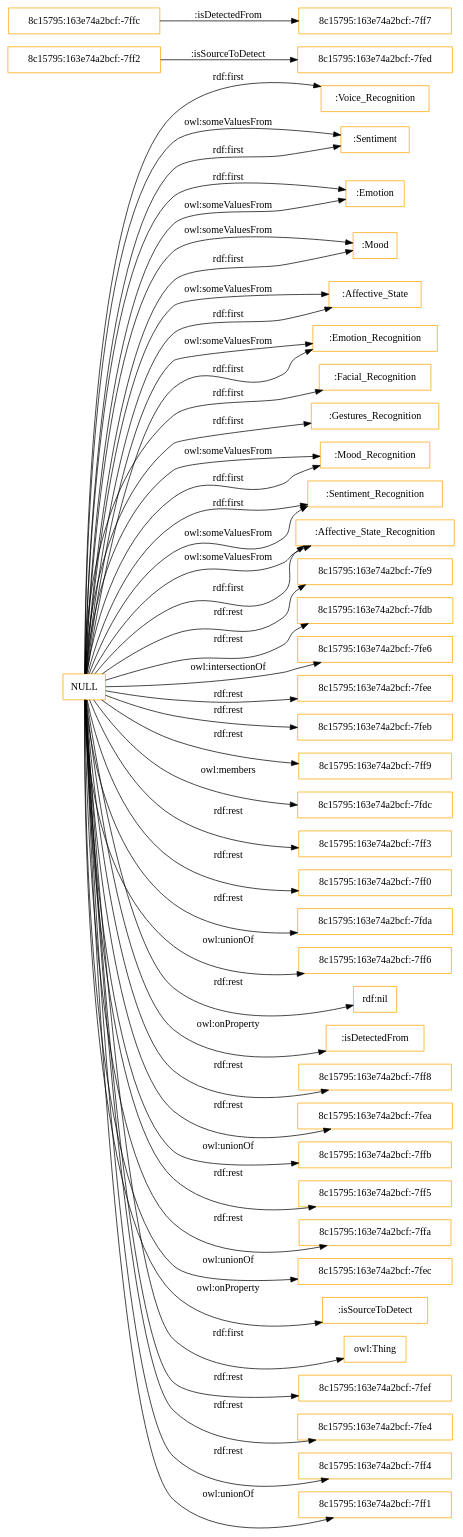
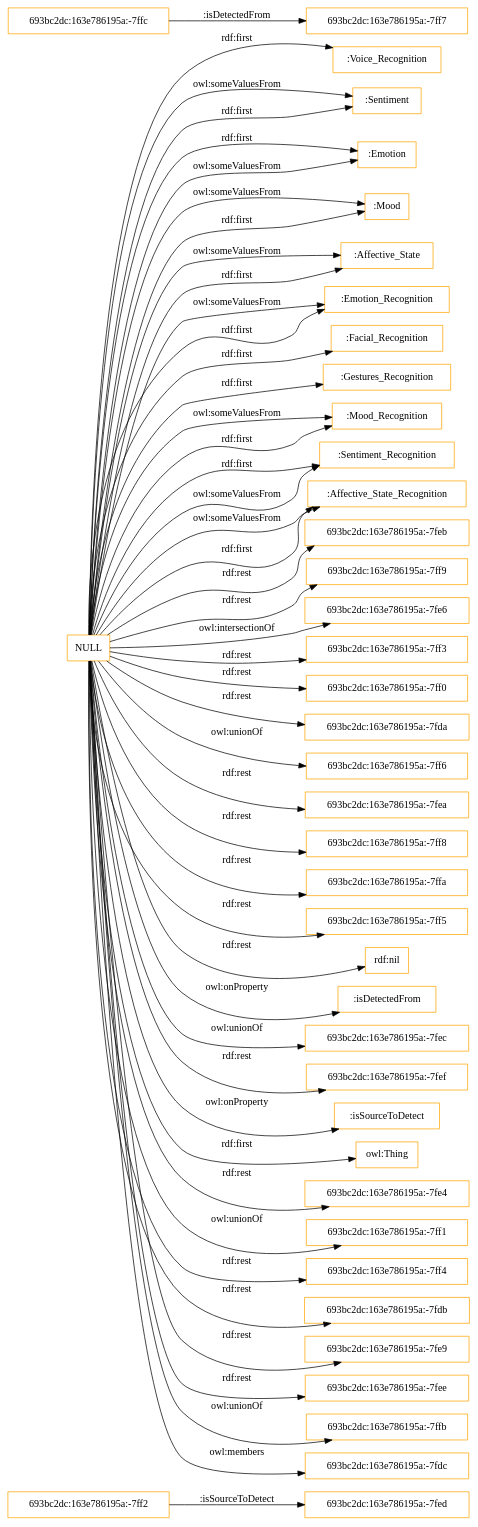
One commit to rana-othman/HASIO-Modularization changed the diagram in OnToology/Affective_States_Recognition_Module.owl/diagrams/ar2dtool-class/Affective_States_Recognition_Module.owl.png.dot. Above: the diagram before and after it, drawn with Graphviz. The commit also changed 43 other files, not shown here.

```diff
--- a/OnToology/Affective_States_Recognition_Module.owl/diagrams/ar2dtool-class/Affective_States_Recognition_Module.owl.png.dot
+++ b/OnToology/Affective_States_Recognition_Module.owl/diagrams/ar2dtool-class/Affective_States_Recognition_Module.owl.png.dot
@@ -1,52 +1,52 @@
 digraph ar2dtool_diagram { 
 rankdir=LR;
 size="1501"
-node [shape = rectangle, color="orange"]; ":Voice_Recognition" ":Sentiment" "8c15795:163e74a2bcf:-7ff2" ":Emotion" ":Mood" ":Affective_State" "8c15795:163e74a2bcf:-7fed" ":Emotion_Recognition" ":Facial_Recognition" ":Gestures_Recognition" ":Mood_Recognition" ":Sentiment_Recognition" "8c15795:163e74a2bcf:-7ff7" ":Affective_State_Recognition" "8c15795:163e74a2bcf:-7ffc" ; /*classes style*/
+node [shape = rectangle, color="orange"]; "693bc2dc:163e786195a:-7fed" ":Voice_Recognition" ":Sentiment" "693bc2dc:163e786195a:-7ff2" ":Emotion" ":Mood" ":Affective_State" ":Emotion_Recognition" "693bc2dc:163e786195a:-7ffc" ":Facial_Recognition" ":Gestures_Recognition" ":Mood_Recognition" ":Sentiment_Recognition" "693bc2dc:163e786195a:-7ff7" ":Affective_State_Recognition" ; /*classes style*/
+	"NULL" -> "693bc2dc:163e786195a:-7feb" [ label = "rdf:rest" ];
+	"NULL" -> "693bc2dc:163e786195a:-7ff9" [ label = "rdf:rest" ];
 	"NULL" -> ":Sentiment_Recognition" [ label = "rdf:first" ];
-	"NULL" -> "8c15795:163e74a2bcf:-7fe9" [ label = "rdf:rest" ];
-	"NULL" -> "8c15795:163e74a2bcf:-7fdb" [ label = "rdf:rest" ];
-	"NULL" -> "8c15795:163e74a2bcf:-7fe6" [ label = "owl:intersectionOf" ];
-	"NULL" -> "8c15795:163e74a2bcf:-7fee" [ label = "rdf:rest" ];
-	"NULL" -> "8c15795:163e74a2bcf:-7feb" [ label = "rdf:rest" ];
-	"NULL" -> "8c15795:163e74a2bcf:-7ff9" [ label = "rdf:rest" ];
+	"NULL" -> "693bc2dc:163e786195a:-7fe6" [ label = "owl:intersectionOf" ];
+	"NULL" -> "693bc2dc:163e786195a:-7ff3" [ label = "rdf:rest" ];
 	"NULL" -> ":Voice_Recognition" [ label = "rdf:first" ];
 	"NULL" -> ":Mood_Recognition" [ label = "owl:someValuesFrom" ];
-	"NULL" -> "8c15795:163e74a2bcf:-7fdc" [ label = "owl:members" ];
+	"NULL" -> "693bc2dc:163e786195a:-7ff0" [ label = "rdf:rest" ];
 	"NULL" -> ":Emotion_Recognition" [ label = "owl:someValuesFrom" ];
-	"NULL" -> "8c15795:163e74a2bcf:-7ff3" [ label = "rdf:rest" ];
-	"NULL" -> "8c15795:163e74a2bcf:-7ff0" [ label = "rdf:rest" ];
+	"NULL" -> "693bc2dc:163e786195a:-7fda" [ label = "rdf:rest" ];
+	"NULL" -> "693bc2dc:163e786195a:-7ff6" [ label = "owl:unionOf" ];
+	"NULL" -> "693bc2dc:163e786195a:-7fea" [ label = "rdf:rest" ];
 	"NULL" -> ":Emotion_Recognition" [ label = "rdf:first" ];
-	"NULL" -> "8c15795:163e74a2bcf:-7fda" [ label = "rdf:rest" ];
+	"NULL" -> "693bc2dc:163e786195a:-7ff8" [ label = "rdf:rest" ];
+	"NULL" -> "693bc2dc:163e786195a:-7ffa" [ label = "rdf:rest" ];
+	"NULL" -> "693bc2dc:163e786195a:-7ff5" [ label = "rdf:rest" ];
 	"NULL" -> ":Facial_Recognition" [ label = "rdf:first" ];
-	"NULL" -> "8c15795:163e74a2bcf:-7ff6" [ label = "owl:unionOf" ];
 	"NULL" -> "rdf:nil" [ label = "rdf:rest" ];
 	"NULL" -> ":isDetectedFrom" [ label = "owl:onProperty" ];
-	"NULL" -> "8c15795:163e74a2bcf:-7ff8" [ label = "rdf:rest" ];
-	"NULL" -> "8c15795:163e74a2bcf:-7fea" [ label = "rdf:rest" ];
-	"NULL" -> "8c15795:163e74a2bcf:-7ffb" [ label = "owl:unionOf" ];
+	"NULL" -> "693bc2dc:163e786195a:-7fec" [ label = "owl:unionOf" ];
 	"NULL" -> ":Mood" [ label = "owl:someValuesFrom" ];
-	"NULL" -> "8c15795:163e74a2bcf:-7ff5" [ label = "rdf:rest" ];
+	"NULL" -> "693bc2dc:163e786195a:-7fef" [ label = "rdf:rest" ];
+	"NULL" -> ":Sentiment" [ label = "owl:someValuesFrom" ];
 	"NULL" -> ":Emotion" [ label = "rdf:first" ];
-	"NULL" -> ":Sentiment" [ label = "owl:someValuesFrom" ];
-	"NULL" -> "8c15795:163e74a2bcf:-7ffa" [ label = "rdf:rest" ];
-	"NULL" -> "8c15795:163e74a2bcf:-7fec" [ label = "owl:unionOf" ];
 	"NULL" -> ":isSourceToDetect" [ label = "owl:onProperty" ];
 	"NULL" -> "owl:Thing" [ label = "rdf:first" ];
 	"NULL" -> ":Emotion" [ label = "owl:someValuesFrom" ];
+	"NULL" -> "693bc2dc:163e786195a:-7fe4" [ label = "rdf:rest" ];
+	"NULL" -> "693bc2dc:163e786195a:-7ff1" [ label = "owl:unionOf" ];
 	"NULL" -> ":Affective_State_Recognition" [ label = "owl:someValuesFrom" ];
 	"NULL" -> ":Affective_State" [ label = "owl:someValuesFrom" ];
 	"NULL" -> ":Mood_Recognition" [ label = "rdf:first" ];
-	"NULL" -> "8c15795:163e74a2bcf:-7fef" [ label = "rdf:rest" ];
+	"NULL" -> "693bc2dc:163e786195a:-7ff4" [ label = "rdf:rest" ];
 	"NULL" -> ":Gestures_Recognition" [ label = "rdf:first" ];
 	"NULL" -> ":Sentiment_Recognition" [ label = "owl:someValuesFrom" ];
-	"NULL" -> "8c15795:163e74a2bcf:-7fe4" [ label = "rdf:rest" ];
 	"NULL" -> ":Mood" [ label = "rdf:first" ];
 	"NULL" -> ":Affective_State_Recognition" [ label = "rdf:first" ];
 	"NULL" -> ":Affective_State" [ label = "rdf:first" ];
-	"NULL" -> "8c15795:163e74a2bcf:-7ff4" [ label = "rdf:rest" ];
+	"NULL" -> "693bc2dc:163e786195a:-7fdb" [ label = "rdf:rest" ];
 	"NULL" -> ":Sentiment" [ label = "rdf:first" ];
-	"NULL" -> "8c15795:163e74a2bcf:-7ff1" [ label = "owl:unionOf" ];
-	"8c15795:163e74a2bcf:-7ffc" -> "8c15795:163e74a2bcf:-7ff7" [ label = ":isDetectedFrom" ];
-	"8c15795:163e74a2bcf:-7ff2" -> "8c15795:163e74a2bcf:-7fed" [ label = ":isSourceToDetect" ];
+	"NULL" -> "693bc2dc:163e786195a:-7fe9" [ label = "rdf:rest" ];
+	"NULL" -> "693bc2dc:163e786195a:-7fee" [ label = "rdf:rest" ];
+	"NULL" -> "693bc2dc:163e786195a:-7ffb" [ label = "owl:unionOf" ];
+	"NULL" -> "693bc2dc:163e786195a:-7fdc" [ label = "owl:members" ];
+	"693bc2dc:163e786195a:-7ffc" -> "693bc2dc:163e786195a:-7ff7" [ label = ":isDetectedFrom" ];
+	"693bc2dc:163e786195a:-7ff2" -> "693bc2dc:163e786195a:-7fed" [ label = ":isSourceToDetect" ];
 
 }
```
